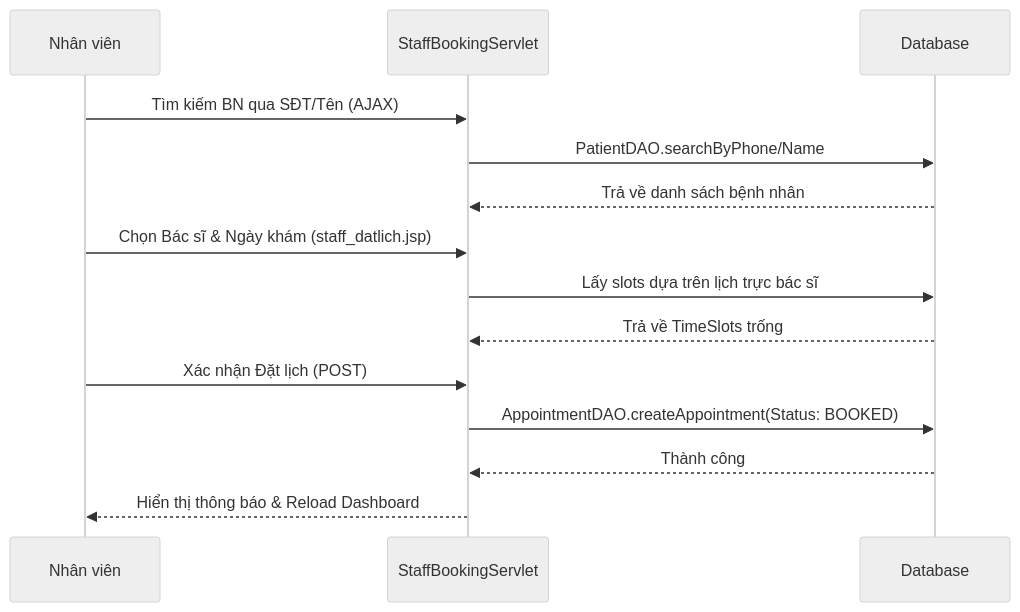
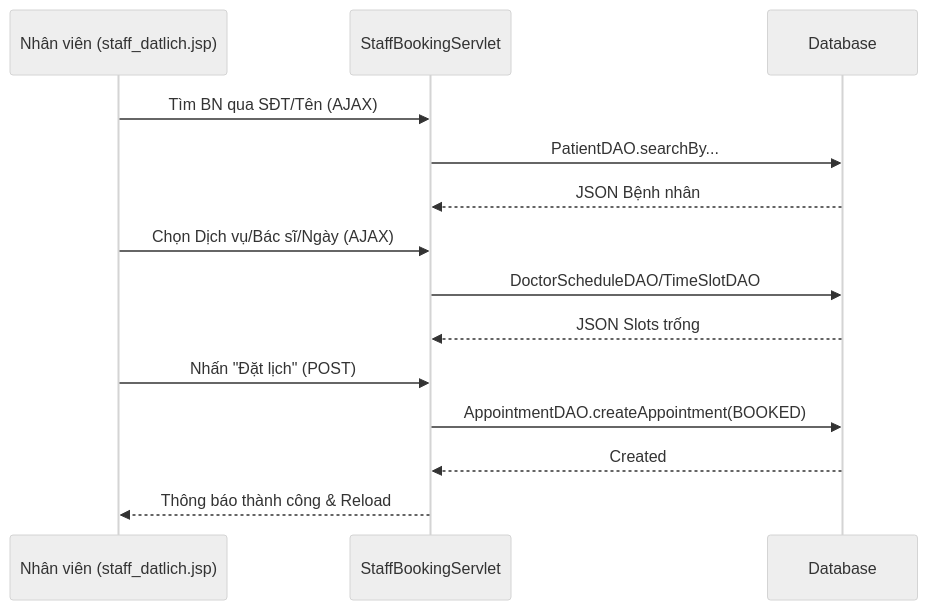
Before and after one commit to TAnhpika/PRJ301_Assignment: diagram 14 of 24 in README.md, drawn with Mermaid (neutral theme). The commit also changed other lines of this file and 29 other files, not shown here.

````diff
--- a/README.md
+++ b/README.md
@@ -270,17 +412,17 @@
 ```mermaid
 sequenceDiagram
-    participant ST as Nhân viên
+    participant ST as Nhân viên (staff_datlich.jsp)
     participant SV as StaffBookingServlet
     participant DB as Database
 
-    ST->>SV: Tìm kiếm BN qua SĐT/Tên (AJAX)
-    SV->>DB: PatientDAO.searchByPhone/Name
-    DB-->>SV: Trả về danh sách bệnh nhân
-    ST->>SV: Chọn Bác sĩ & Ngày khám (staff_datlich.jsp)
-    SV->>DB: Lấy slots dựa trên lịch trực bác sĩ
-    DB-->>SV: Trả về TimeSlots trống
-    ST->>SV: Xác nhận Đặt lịch (POST)
-    SV->>DB: AppointmentDAO.createAppointment(Status: BOOKED)
-    DB-->>SV: Thành công
-    SV-->>ST: Hiển thị thông báo & Reload Dashboard
+    ST->>SV: Tìm BN qua SĐT/Tên (AJAX)
+    SV->>DB: PatientDAO.searchBy...
+    DB-->>SV: JSON Bệnh nhân
+    ST->>SV: Chọn Dịch vụ/Bác sĩ/Ngày (AJAX)
+    SV->>DB: DoctorScheduleDAO/TimeSlotDAO
+    DB-->>SV: JSON Slots trống
+    ST->>SV: Nhấn "Đặt lịch" (POST)
+    SV->>DB: AppointmentDAO.createAppointment(BOOKED)
+    DB-->>SV: Created
+    SV-->>ST: Thông báo thành công & Reload
 ```
````
